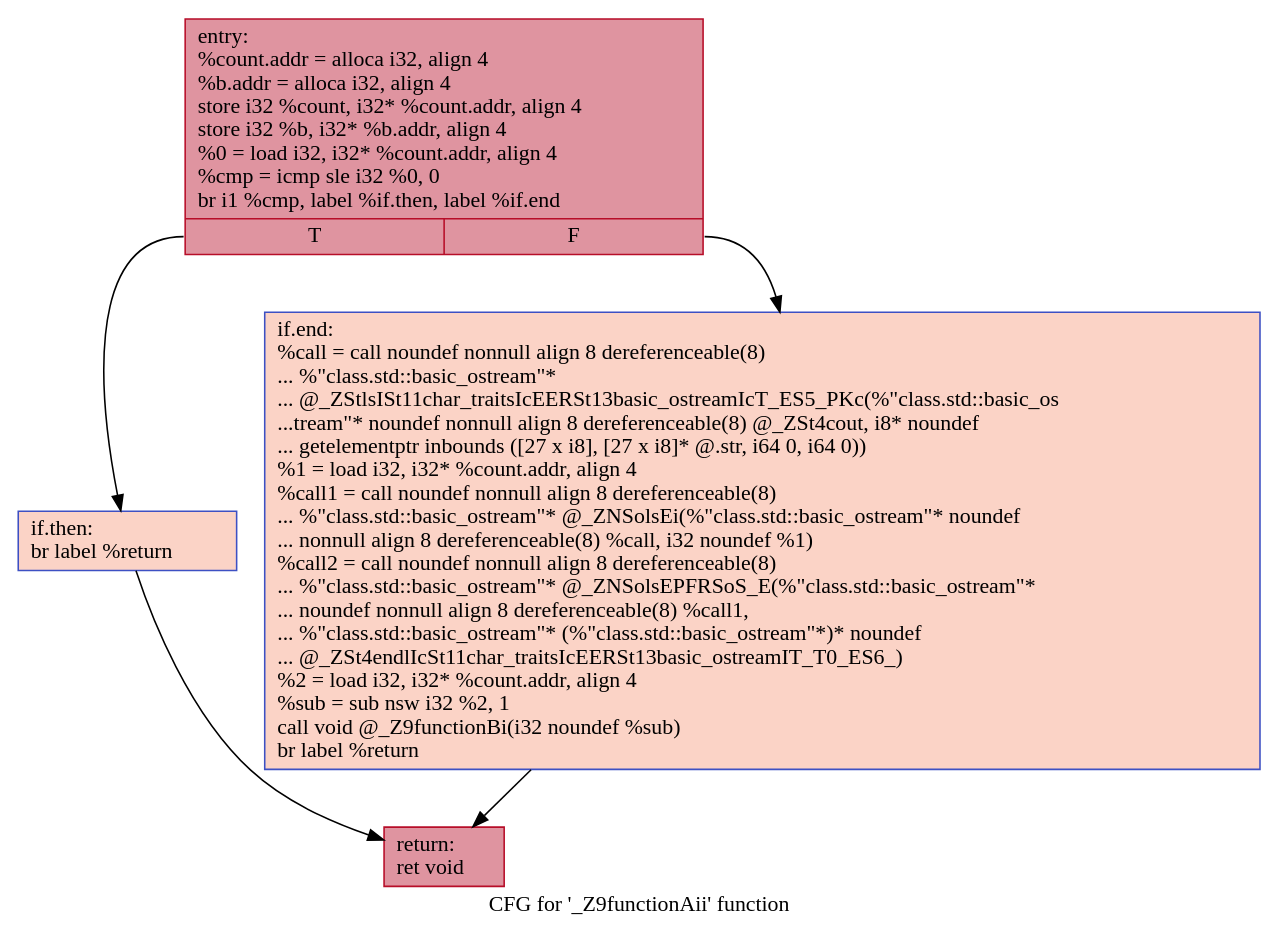
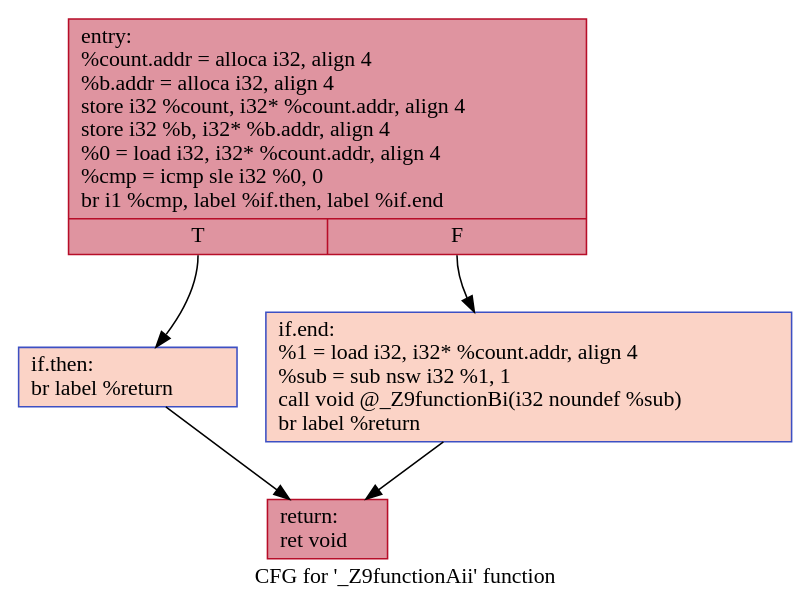
Before and after one commit to Crepuscule-v/fuzz-introspector: the diagram in dynamic_vis/example_1/work/._Z9functionAii.dot, drawn with Graphviz. The commit also changed 67 other files, not shown here.

Commit message:
Initial completion of force oriented diagram drawing and coordination with front and back ends

```diff
--- a/dynamic_vis/example_1/work/._Z9functionAii.dot
+++ b/dynamic_vis/example_1/work/._Z9functionAii.dot
@@ -1,12 +1,12 @@
 digraph "CFG for '_Z9functionAii' function" {
 	label="CFG for '_Z9functionAii' function";
 
-	Node0x5628531859a0 [shape=record,color="#b70d28ff", style=filled, fillcolor="#b70d2870",label="{entry:\l  %count.addr = alloca i32, align 4\l  %b.addr = alloca i32, align 4\l  store i32 %count, i32* %count.addr, align 4\l  store i32 %b, i32* %b.addr, align 4\l  %0 = load i32, i32* %count.addr, align 4\l  %cmp = icmp sle i32 %0, 0\l  br i1 %cmp, label %if.then, label %if.end\l|{<s0>T|<s1>F}}"];
-	Node0x5628531859a0:s0 -> Node0x562853185d90;
-	Node0x5628531859a0:s1 -> Node0x562853185e00;
-	Node0x562853185d90 [shape=record,color="#3d50c3ff", style=filled, fillcolor="#f59c7d70",label="{if.then:                                          \l  br label %return\l}"];
-	Node0x562853185d90 -> Node0x562853185f20;
-	Node0x562853185e00 [shape=record,color="#3d50c3ff", style=filled, fillcolor="#f59c7d70",label="{if.end:                                           \l  %call = call noundef nonnull align 8 dereferenceable(8)\l... %\"class.std::basic_ostream\"*\l... @_ZStlsISt11char_traitsIcEERSt13basic_ostreamIcT_ES5_PKc(%\"class.std::basic_os\l...tream\"* noundef nonnull align 8 dereferenceable(8) @_ZSt4cout, i8* noundef\l... getelementptr inbounds ([27 x i8], [27 x i8]* @.str, i64 0, i64 0))\l  %1 = load i32, i32* %count.addr, align 4\l  %call1 = call noundef nonnull align 8 dereferenceable(8)\l... %\"class.std::basic_ostream\"* @_ZNSolsEi(%\"class.std::basic_ostream\"* noundef\l... nonnull align 8 dereferenceable(8) %call, i32 noundef %1)\l  %call2 = call noundef nonnull align 8 dereferenceable(8)\l... %\"class.std::basic_ostream\"* @_ZNSolsEPFRSoS_E(%\"class.std::basic_ostream\"*\l... noundef nonnull align 8 dereferenceable(8) %call1,\l... %\"class.std::basic_ostream\"* (%\"class.std::basic_ostream\"*)* noundef\l... @_ZSt4endlIcSt11char_traitsIcEERSt13basic_ostreamIT_T0_ES6_)\l  %2 = load i32, i32* %count.addr, align 4\l  %sub = sub nsw i32 %2, 1\l  call void @_Z9functionBi(i32 noundef %sub)\l  br label %return\l}"];
-	Node0x562853185e00 -> Node0x562853185f20;
-	Node0x562853185f20 [shape=record,color="#b70d28ff", style=filled, fillcolor="#b70d2870",label="{return:                                           \l  ret void\l}"];
+	Node0x5598eee11a20 [shape=record,color="#b70d28ff", style=filled, fillcolor="#b70d2870",label="{entry:\l  %count.addr = alloca i32, align 4\l  %b.addr = alloca i32, align 4\l  store i32 %count, i32* %count.addr, align 4\l  store i32 %b, i32* %b.addr, align 4\l  %0 = load i32, i32* %count.addr, align 4\l  %cmp = icmp sle i32 %0, 0\l  br i1 %cmp, label %if.then, label %if.end\l|{<s0>T|<s1>F}}"];
+	Node0x5598eee11a20:s0 -> Node0x5598eee11e10;
+	Node0x5598eee11a20:s1 -> Node0x5598eee11e80;
+	Node0x5598eee11e10 [shape=record,color="#3d50c3ff", style=filled, fillcolor="#f59c7d70",label="{if.then:                                          \l  br label %return\l}"];
+	Node0x5598eee11e10 -> Node0x5598eee11fa0;
+	Node0x5598eee11e80 [shape=record,color="#3d50c3ff", style=filled, fillcolor="#f59c7d70",label="{if.end:                                           \l  %1 = load i32, i32* %count.addr, align 4\l  %sub = sub nsw i32 %1, 1\l  call void @_Z9functionBi(i32 noundef %sub)\l  br label %return\l}"];
+	Node0x5598eee11e80 -> Node0x5598eee11fa0;
+	Node0x5598eee11fa0 [shape=record,color="#b70d28ff", style=filled, fillcolor="#b70d2870",label="{return:                                           \l  ret void\l}"];
 }
```
